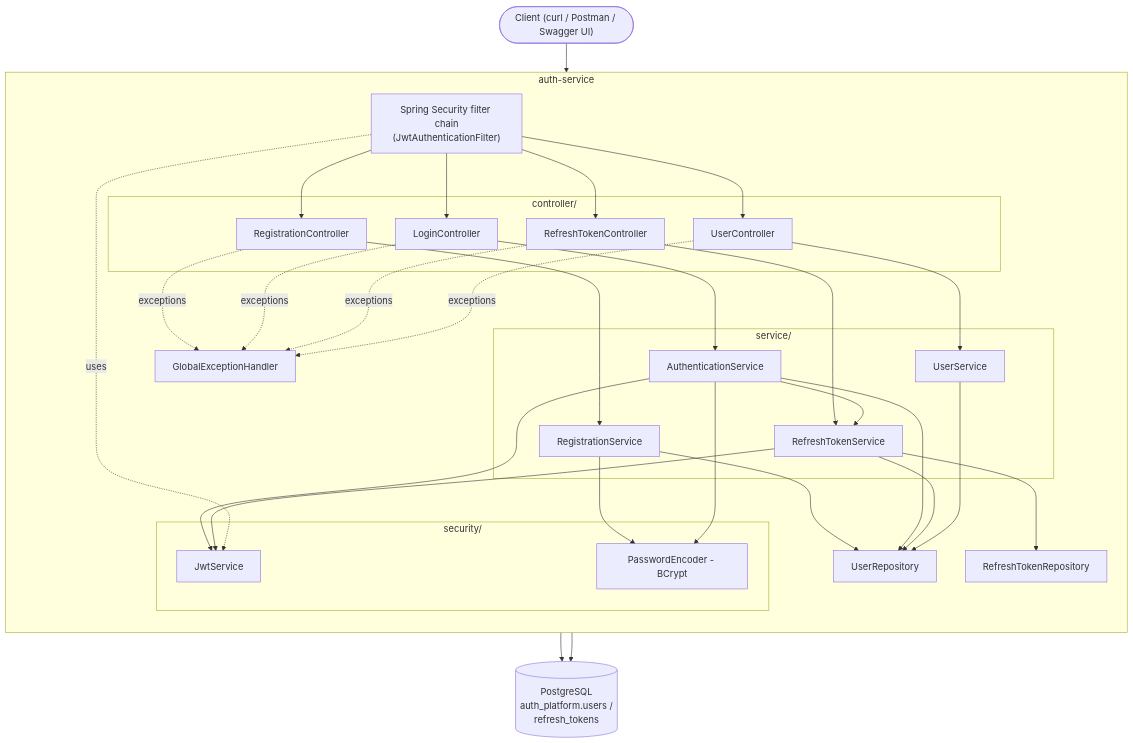
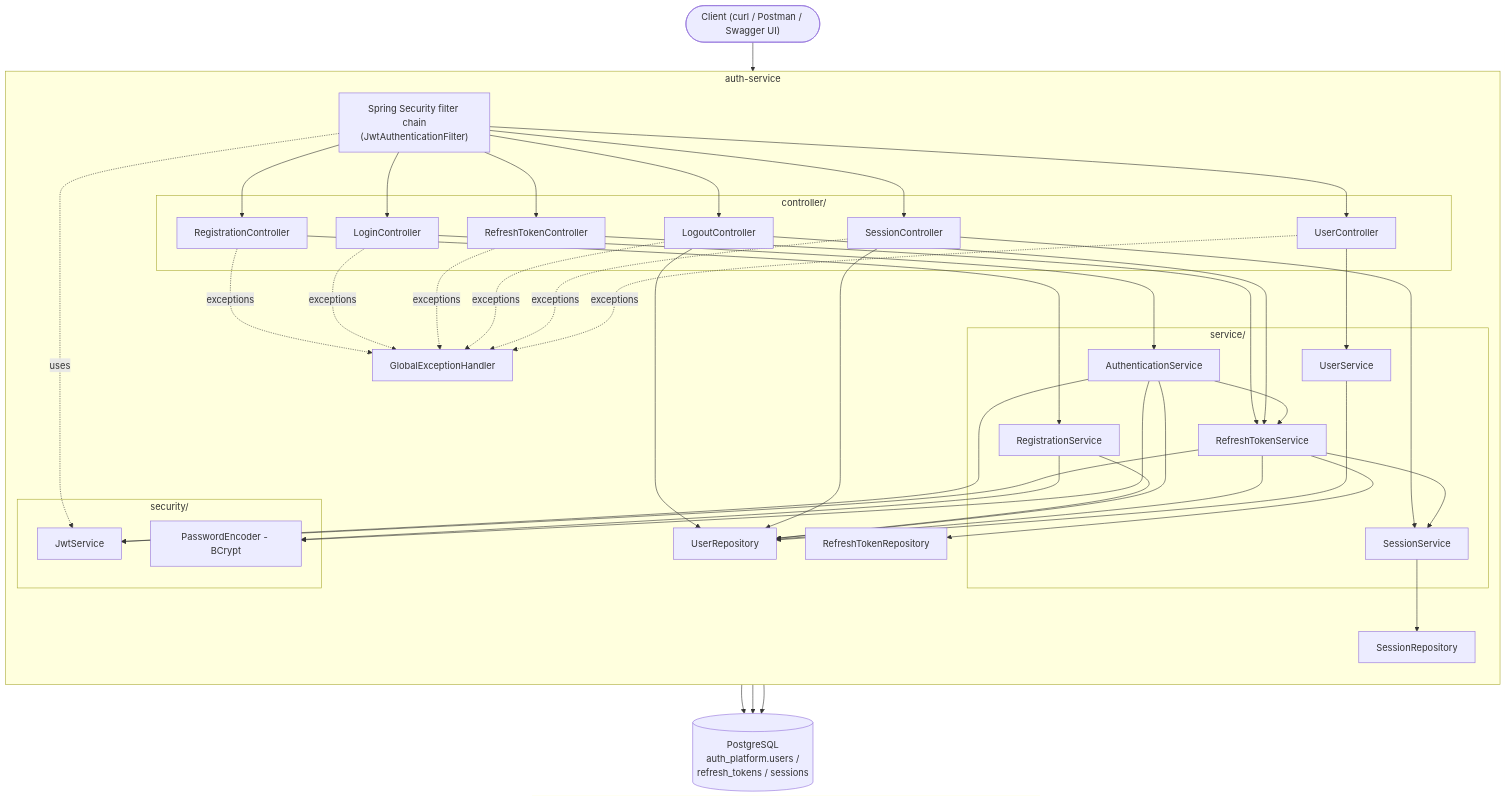
The first of 6 diagrams in docs/architecture.md (SUDHAKAR445/auth-platform), drawn with Mermaid before and after one commit. The commit also changed other lines of this file and 8 other files, not shown here.

Commit message:
Session handling in jwt filter

````diff
--- a/docs/architecture.md
+++ b/docs/architecture.md
@@ -9,65 +9,80 @@
 ```mermaid
 flowchart TB
     Client(["Client (curl / Postman / Swagger UI)"])
 
     subgraph AuthService["auth-service"]
         direction TB
         SecurityFilterChain["Spring Security filter chain<br/>(JwtAuthenticationFilter)"]
 
         subgraph Controllers["controller/"]
             RegCtrl[RegistrationController]
             LoginCtrl[LoginController]
             RefreshCtrl[RefreshTokenController]
+            LogoutCtrl[LogoutController]
+            SessionCtrl[SessionController]
             UserCtrl[UserController]
         end
 
         subgraph Services["service/"]
             RegSvc[RegistrationService]
             AuthSvc[AuthenticationService]
             RefreshSvc[RefreshTokenService]
+            SessionSvc[SessionService]
             UserSvc[UserService]
         end
 
         subgraph SecurityPkg["security/"]
             JwtSvc[JwtService]
             PwEncoder[PasswordEncoder - BCrypt]
         end
 
         Repo[UserRepository]
         RefreshRepo[RefreshTokenRepository]
+        SessionRepo[SessionRepository]
         GEH[GlobalExceptionHandler]
     end
 
-    DB[("PostgreSQL<br/>auth_platform.users /<br/>refresh_tokens")]
+    DB[("PostgreSQL<br/>auth_platform.users /<br/>refresh_tokens / sessions")]
 
     Client --> SecurityFilterChain
     SecurityFilterChain --> RegCtrl
     SecurityFilterChain --> LoginCtrl
     SecurityFilterChain --> RefreshCtrl
+    SecurityFilterChain --> LogoutCtrl
+    SecurityFilterChain --> SessionCtrl
     SecurityFilterChain --> UserCtrl
 
     RegCtrl --> RegSvc
     LoginCtrl --> AuthSvc
     RefreshCtrl --> RefreshSvc
+    LogoutCtrl --> RefreshSvc
+    LogoutCtrl --> Repo
+    SessionCtrl --> SessionSvc
+    SessionCtrl --> Repo
     UserCtrl --> UserSvc
 
     RegSvc --> PwEncoder
     RegSvc --> Repo
     AuthSvc --> PwEncoder
     AuthSvc --> JwtSvc
     AuthSvc --> Repo
     AuthSvc --> RefreshSvc
     RefreshSvc --> JwtSvc
     RefreshSvc --> Repo
     RefreshSvc --> RefreshRepo
+    RefreshSvc --> SessionSvc
+    SessionSvc --> SessionRepo
     UserSvc --> Repo
 
     SecurityFilterChain -.uses.-> JwtSvc
     Repo --> DB
     RefreshRepo --> DB
+    SessionRepo --> DB
 
     RegCtrl -.exceptions.-> GEH
     LoginCtrl -.exceptions.-> GEH
     RefreshCtrl -.exceptions.-> GEH
+    LogoutCtrl -.exceptions.-> GEH
+    SessionCtrl -.exceptions.-> GEH
     UserCtrl -.exceptions.-> GEH
 ```
````
